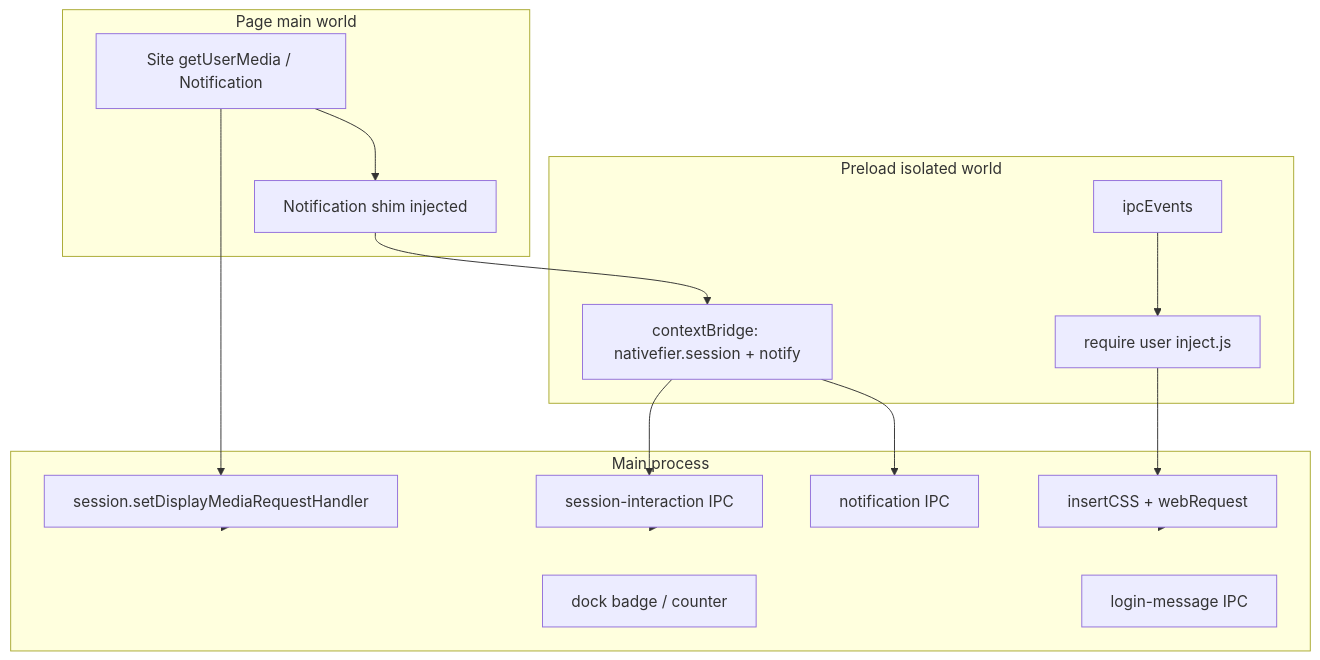
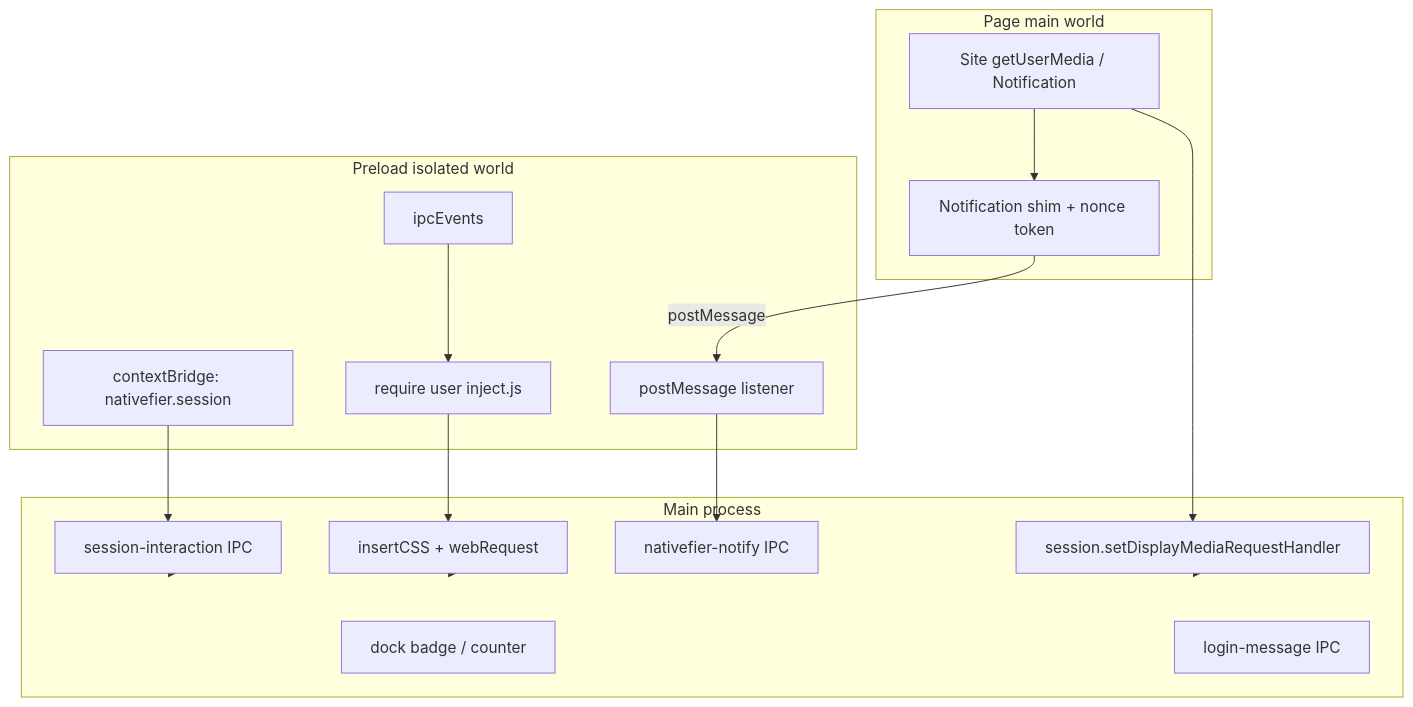
One commit to sbalyakin/nativefier changed the second of 2 diagrams in docs/architecture.md. Above: the diagram before and after it, drawn with Mermaid. The commit also changed other lines of this file and 28 other files, not shown here.

Commit message:
feat(security): harden notification shim with nonce and main guards

````diff
--- a/docs/architecture.md
+++ b/docs/architecture.md
@@ -99,30 +99,31 @@
 ```mermaid
 flowchart TB
   subgraph main [Main process]
     SessionHandler["session.setDisplayMediaRequestHandler"]
     DockBadge["dock badge / counter"]
     InjectCSS["insertCSS + webRequest"]
     LoginIPC["login-message IPC"]
-    NotifIPC["notification IPC"]
+    NotifIPC["nativefier-notify IPC"]
     SessionIPC["session-interaction IPC"]
   end
   subgraph preload [Preload isolated world]
-    Bridge["contextBridge: nativefier.session + notify"]
+    Bridge["contextBridge: nativefier.session"]
+    NotifBridge["postMessage listener"]
     InjectRequire["require user inject.js"]
     PreloadSetup["ipcEvents"]
   end
   subgraph page [Page main world]
-    NotifShim["Notification shim injected"]
+    NotifShim["Notification shim + nonce token"]
     SiteJS["Site getUserMedia / Notification"]
   end
   SiteJS --> NotifShim
-  NotifShim --> Bridge
-  Bridge --> NotifIPC
+  NotifShim -->|"postMessage"| NotifBridge
+  NotifBridge --> NotifIPC
+  Bridge --> SessionIPC
   SiteJS --> SessionHandler
   SessionHandler --> main
   InjectRequire --> InjectCSS
   InjectCSS --> main
   PreloadSetup --> InjectRequire
-  Bridge --> SessionIPC
   SessionIPC --> main
 ```
````
